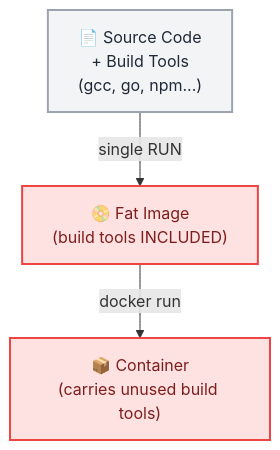
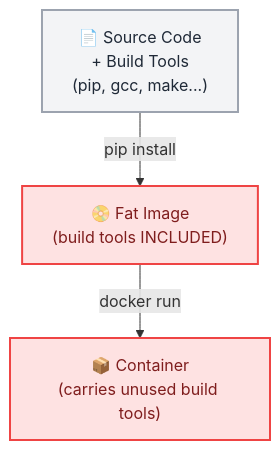
One commit to devopspilot1/devopspilot1.github.io changed the first of 2 diagrams in docs/docker/docker-multi-stage-builds/index.md. Above: the diagram before and after it, drawn with Mermaid. The commit also changed other lines of this file and 2 other files, not shown here.

````diff
--- a/docs/docker/docker-multi-stage-builds/index.md
+++ b/docs/docker/docker-multi-stage-builds/index.md
@@ -16,13 +16,13 @@
 ```mermaid
 graph TD
     SRC["📄 Source Code
 + Build Tools
-(gcc, go, npm...)"]-->|single RUN|IMG["📀 Fat Image
+(pip, gcc, make...)"]-->|pip install|IMG["📀 Fat Image
 (build tools INCLUDED)"]
     IMG-->|docker run|CNT["📦 Container
 (carries unused build tools)"]
 
     style SRC fill:#f3f4f6,stroke:#9ca3af,stroke-width:2px,color:#1f2937
     style IMG fill:#fee2e2,stroke:#ef4444,stroke-width:2px,color:#7f1d1d
     style CNT fill:#fee2e2,stroke:#ef4444,stroke-width:2px,color:#7f1d1d
 ```
````
